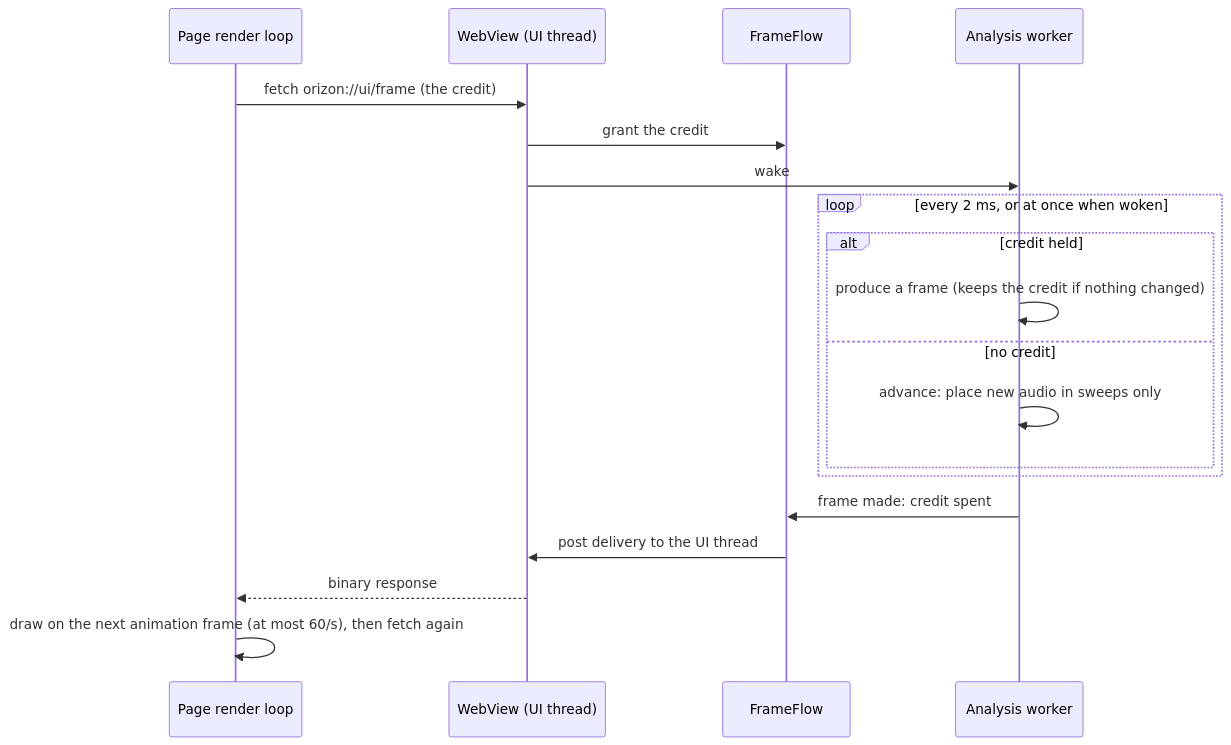
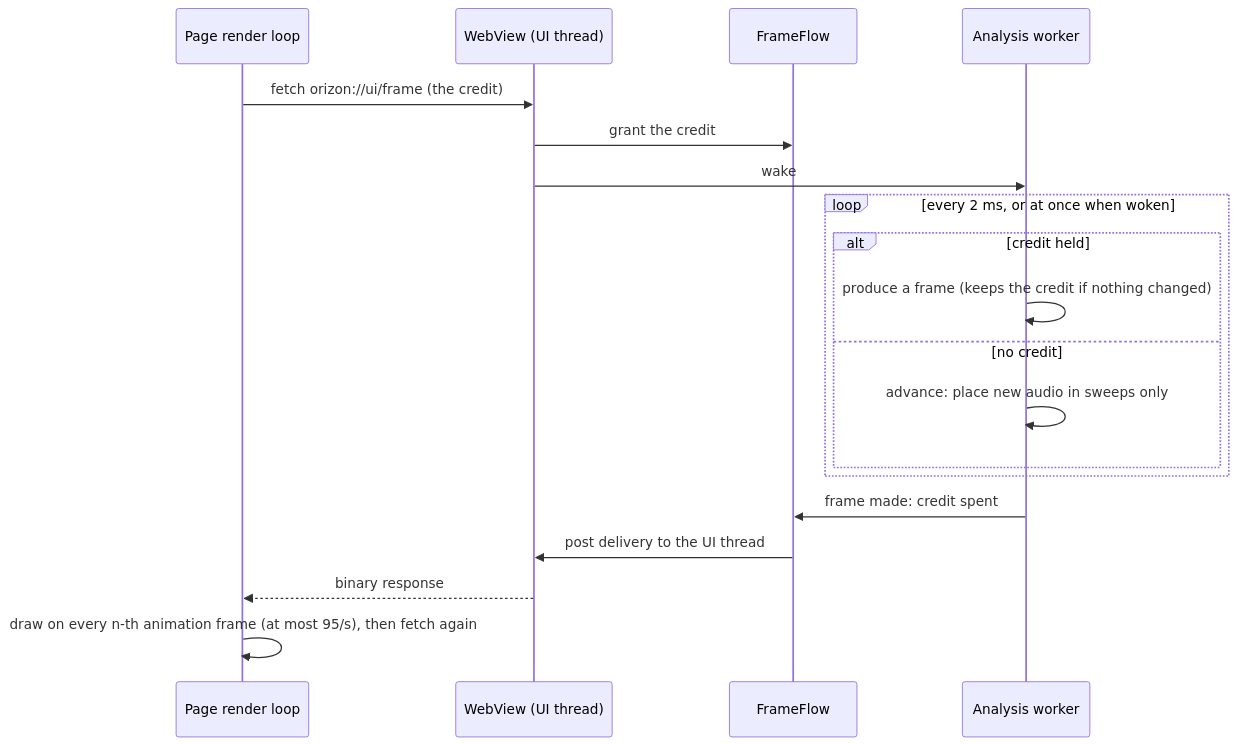
One commit to orizonaudio/Sineless changed the fifth of 12 diagrams in docs/DESIGN.md. Above: the diagram before and after it, drawn with Mermaid. The commit also changed other lines of this file and 14 other files, not shown here.

````diff
--- a/docs/DESIGN.md
+++ b/docs/DESIGN.md
@@ -532,21 +532,21 @@
 ```mermaid
 sequenceDiagram
   participant R as Page render loop
   participant W as WebView (UI thread)
   participant F as FrameFlow
   participant A as Analysis worker
   R->>W: fetch orizon://ui/frame (the credit)
   W->>F: grant the credit
   W->>A: wake
   loop every 2 ms, or at once when woken
     alt credit held
       A->>A: produce a frame (keeps the credit if nothing changed)
     else no credit
       A->>A: advance: place new audio in sweeps only
     end
   end
   A->>F: frame made: credit spent
   F->>W: post delivery to the UI thread
   W-->>R: binary response
-  R->>R: draw on the next animation frame (at most 60/s), then fetch again
+  R->>R: draw on every n-th animation frame (at most 95/s), then fetch again
 ```
````
